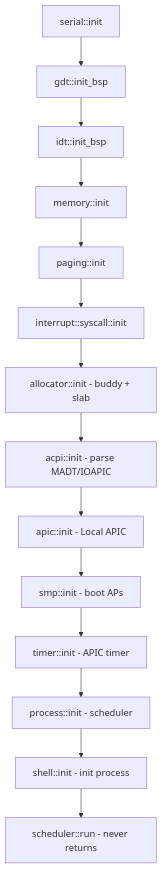
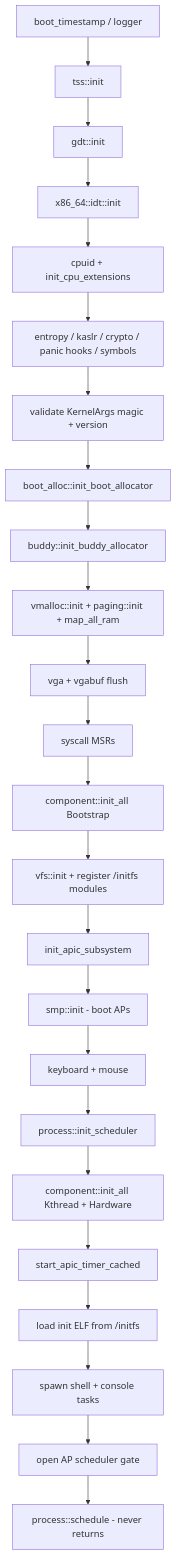
Before and after one commit to ggielly/strat9-os: the second of 2 diagrams in docs-site/src/boot-sequence.md, drawn with Mermaid. The commit also changed other lines of this file and 70 other files, not shown here.

First line of the commit message:
Refactor module loading, improve framebuffer handling, and optimize scheduler tasks

````diff
--- a/docs-site/src/boot-sequence.md
+++ b/docs-site/src/boot-sequence.md
@@ -88,16 +179,26 @@
 ```mermaid
 flowchart TD
-    A[serial::init] --> B[gdt::init_bsp]
-    B --> C[idt::init_bsp]
-    C --> D[memory::init]
-    D --> E[paging::init]
-    E --> F[interrupt::syscall::init]
-    F --> G[allocator::init - buddy + slab]
-    G --> H[acpi::init - parse MADT/IOAPIC]
-    H --> I[apic::init - Local APIC]
-    I --> J[smp::init - boot APs]
-    J --> K[timer::init - APIC timer]
-    K --> L[process::init - scheduler]
-    L --> M[shell::init - init process]
-    M --> N[scheduler::run - never returns]
+    A[boot_timestamp / logger] --> B[tss::init]
+    B --> C[gdt::init]
+    C --> D[x86_64::idt::init]
+    D --> E[cpuid + init_cpu_extensions]
+    E --> F[entropy / kaslr / crypto / panic hooks / symbols]
+    F --> G[validate KernelArgs magic + version]
+    G --> H[boot_alloc::init_boot_allocator]
+    H --> I[buddy::init_buddy_allocator]
+    I --> J[vmalloc::init + paging::init + map_all_ram]
+    J --> K[vga + vgabuf flush]
+    K --> L[syscall MSRs]
+    L --> M[component::init_all Bootstrap]
+    M --> N[vfs::init + register /initfs modules]
+    N --> O[init_apic_subsystem]
+    O --> P[smp::init - boot APs]
+    P --> Q[keyboard + mouse]
+    Q --> R[process::init_scheduler]
+    R --> S[component::init_all Kthread + Hardware]
+    S --> T[start_apic_timer_cached]
+    T --> U[load init ELF from /initfs]
+    U --> V[spawn shell + console tasks]
+    V --> W[open AP scheduler gate]
+    W --> X[process::schedule - never returns]
 ```
````
